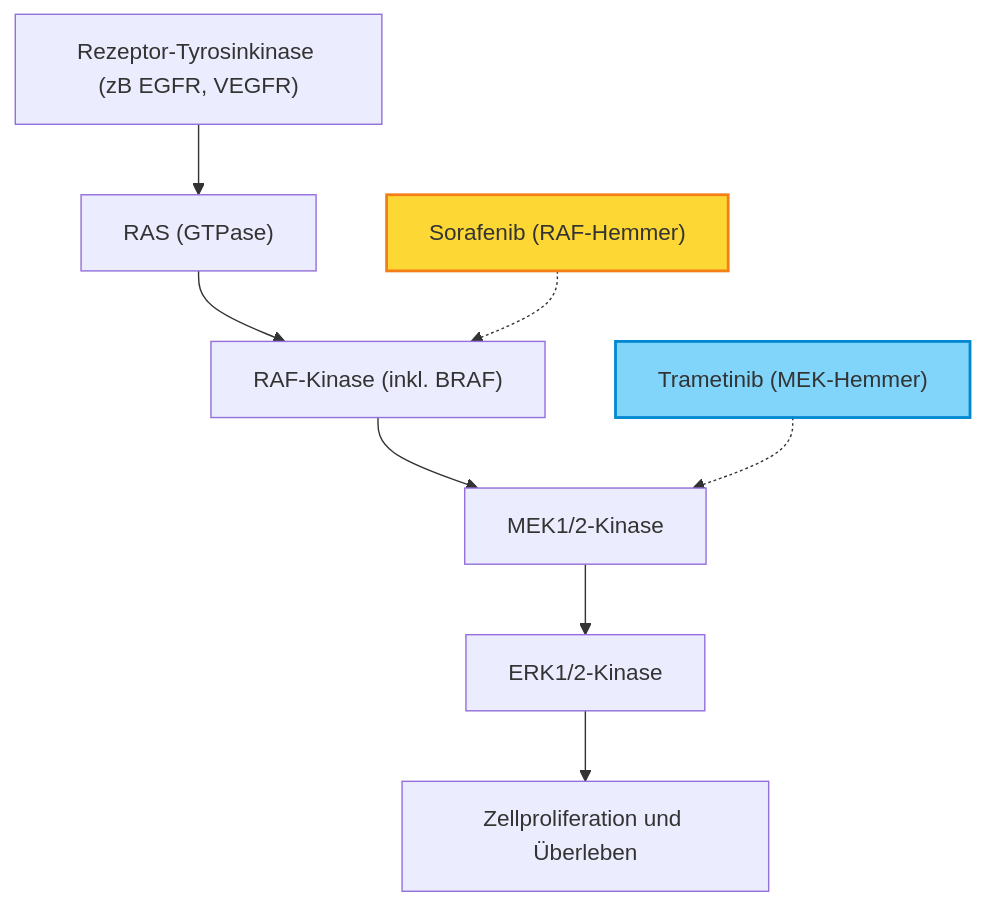
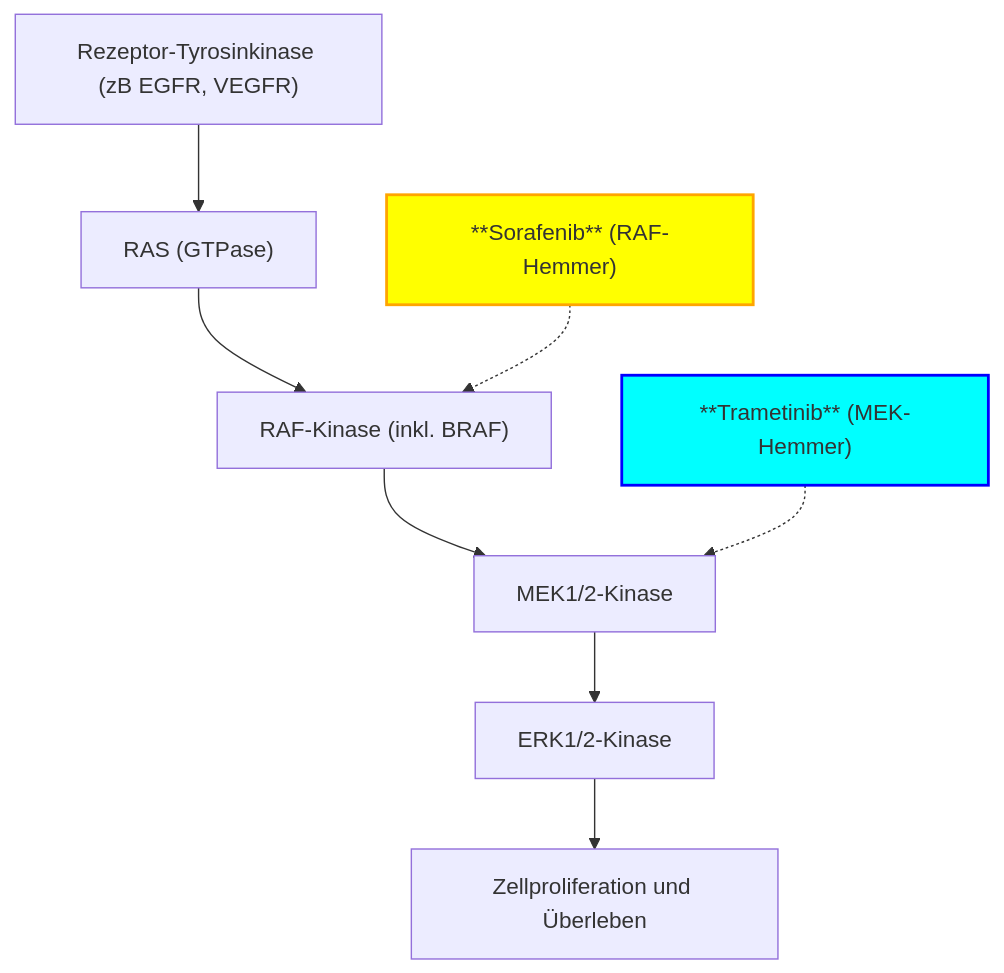
Before and after one commit to stx-chris/bids-project: the diagram in presentation/index.qmd, drawn with Mermaid. The commit also changed other lines of this file and 39 other files, not shown here.

````diff
--- a/presentation/index.qmd
+++ b/presentation/index.qmd
@@ -24,17 +31,17 @@
 ```{mermaid}
 flowchart TD
     RTK["Rezeptor-Tyrosinkinase (zB EGFR, VEGFR)"]
     RAS["RAS (GTPase)"]
     RAF["RAF-Kinase (inkl. BRAF)"]
     MEK["MEK1/2-Kinase"]
     ERK["ERK1/2-Kinase"]
-    Prolif["Zellproliferation und Überleben"]
+    PRO["Zellproliferation und Überleben"]
 
-    RTK --> RAS --> RAF --> MEK --> ERK --> Prolif
+    RTK --> RAS --> RAF --> MEK --> ERK --> PRO
 
-    SORA["Sorafenib (RAF-Hemmer)"] -.-> RAF
-    TRAM["Trametinib (MEK-Hemmer)"] -.-> MEK
+    SORA["**Sorafenib** (RAF-Hemmer)"] -.-> RAF
+    TRAM["**Trametinib** (MEK-Hemmer)"] -.-> MEK
 
-    style SORA fill:#fdd835,stroke:#f57f17,stroke-width:2px
-    style TRAM fill:#81d4fa,stroke:#0288d1,stroke-width:2px
+    style SORA fill:yellow,stroke:orange,stroke-width:2px
+    style TRAM fill:aqua,stroke:blue,stroke-width:2px
 ```
````
